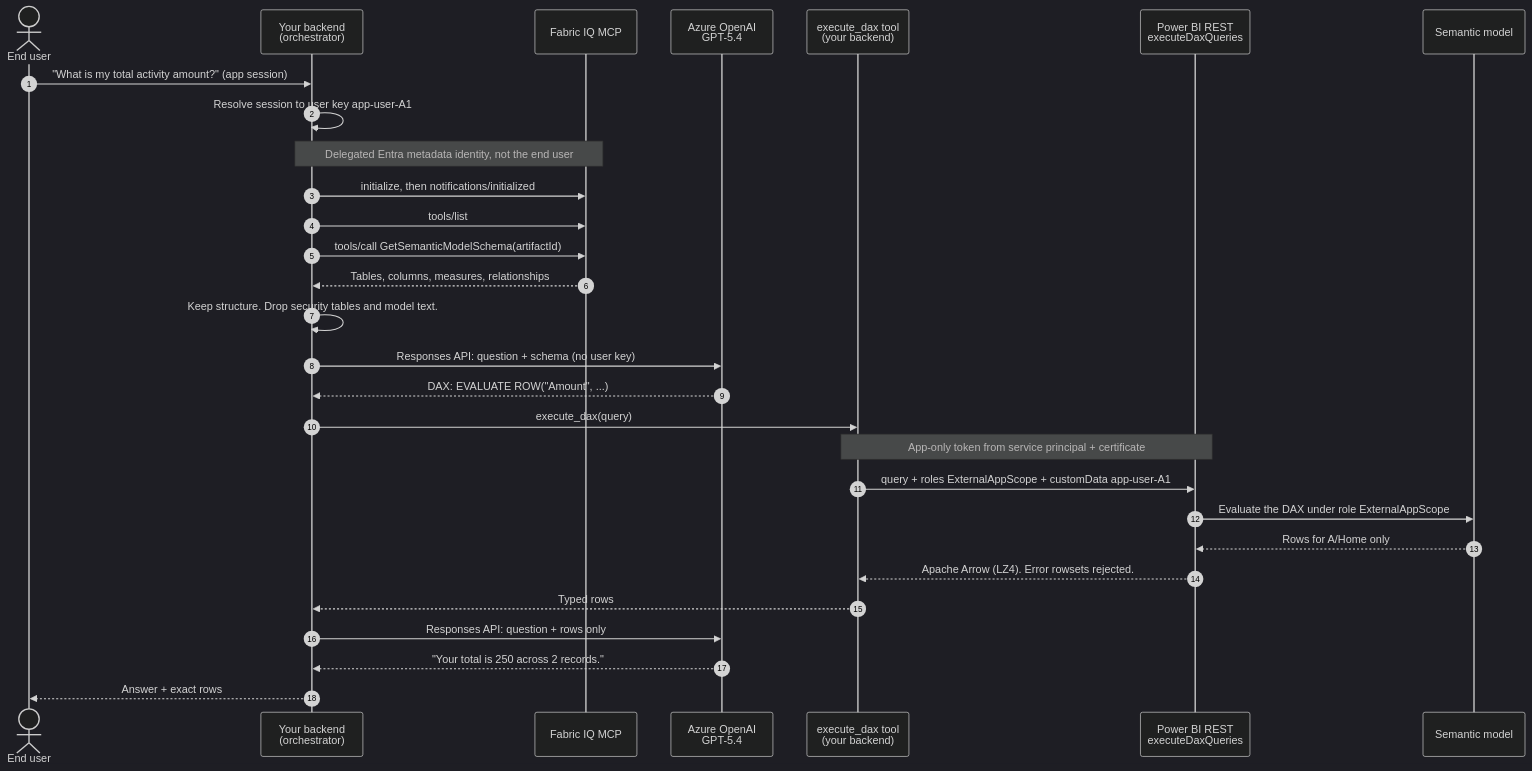
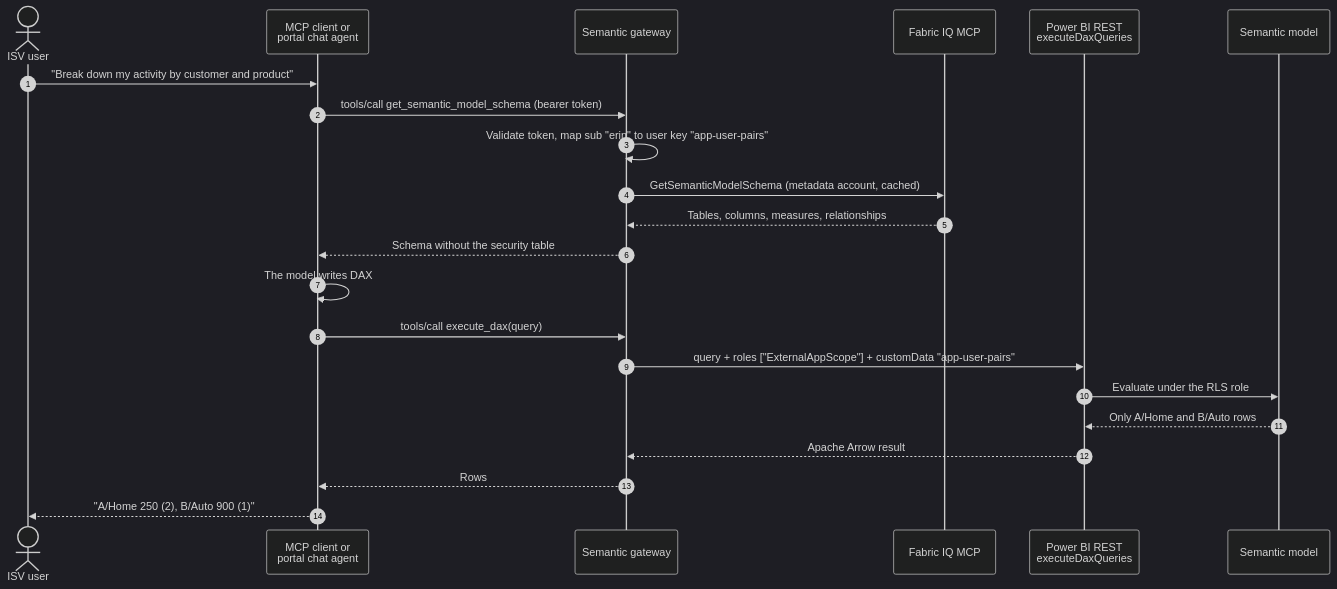
One commit to bgbailey/fabric-iq-app-identity-rls changed the second of 3 diagrams in README.md. Above: the diagram before and after it, drawn with Mermaid (dark theme). The commit also changed other lines of this file and 191 other files, not shown here.

First line of the commit message:
Rebuild as a clean ISV semantic gateway with an MCP endpoint

````diff
--- a/README.md
+++ b/README.md
@@ -103,32 +96,25 @@
 ```mermaid
 sequenceDiagram
     autonumber
-    actor User as End user
-    participant App as Your backend<br/>(orchestrator)
+    actor User as ISV user
+    participant Client as MCP client or<br/>portal chat agent
+    participant GW as Semantic gateway
     participant IQ as Fabric IQ MCP
-    participant AOAI as Azure OpenAI<br/>GPT-5.4
-    participant Tool as execute_dax tool<br/>(your backend)
     participant PBI as Power BI REST<br/>executeDaxQueries
     participant SM as Semantic model
 
-    User->>App: "What is my total activity amount?" (app session)
-    App->>App: Resolve session to user key app-user-A1
-    Note over App,IQ: Delegated Entra metadata identity, not the end user
-    App->>IQ: initialize, then notifications/initialized
-    App->>IQ: tools/list
-    App->>IQ: tools/call GetSemanticModelSchema(artifactId)
-    IQ-->>App: Tables, columns, measures, relationships
-    App->>App: Keep structure. Drop security tables and model text.
-    App->>AOAI: Responses API: question + schema (no user key)
-    AOAI-->>App: DAX: EVALUATE ROW("Amount", ...)
-    App->>Tool: execute_dax(query)
-    Note over Tool,PBI: App-only token from service principal + certificate
-    Tool->>PBI: query + roles ExternalAppScope + customData app-user-A1
-    PBI->>SM: Evaluate the DAX under role ExternalAppScope
-    SM-->>PBI: Rows for A/Home only
-    PBI-->>Tool: Apache Arrow (LZ4). Error rowsets rejected.
-    Tool-->>App: Typed rows
-    App->>AOAI: Responses API: question + rows only
-    AOAI-->>App: "Your total is 250 across 2 records."
-    App-->>User: Answer + exact rows
+    User->>Client: "Break down my activity by customer and product"
+    Client->>GW: tools/call get_semantic_model_schema (bearer token)
+    GW->>GW: Validate token, map sub "erin" to user key "app-user-pairs"
+    GW->>IQ: GetSemanticModelSchema (metadata account, cached)
+    IQ-->>GW: Tables, columns, measures, relationships
+    GW-->>Client: Schema without the security table
+    Client->>Client: The model writes DAX
+    Client->>GW: tools/call execute_dax(query)
+    GW->>PBI: query + roles ["ExternalAppScope"] + customData "app-user-pairs"
+    PBI->>SM: Evaluate under the RLS role
+    SM-->>PBI: Only A/Home and B/Auto rows
+    PBI-->>GW: Apache Arrow result
+    GW-->>Client: Rows
+    Client-->>User: "A/Home 250 (2), B/Auto 900 (1)"
 ```
````
